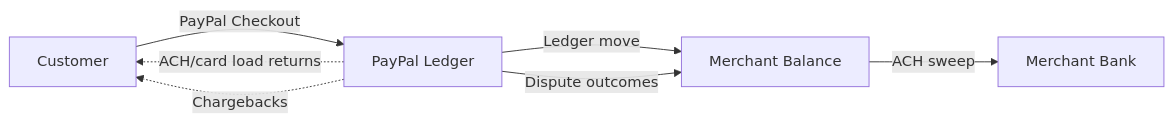
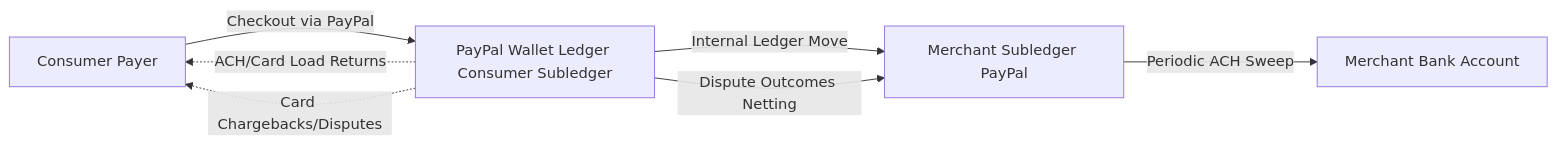
One commit to sumahiremath/buildtales changed the fourth of 5 diagrams in _posts/2025-09-03-wallets-p2p-networks-venmo-cash-app-paypal-zelle.md. Above: the diagram before and after it, drawn with Mermaid. The commit also changed other lines of this file, not shown here.

````diff
--- a/_posts/2025-09-03-wallets-p2p-networks-venmo-cash-app-paypal-zelle.md
+++ b/_posts/2025-09-03-wallets-p2p-networks-venmo-cash-app-paypal-zelle.md
@@ -127,9 +158,9 @@
 ```mermaid
 flowchart LR
-    C[Customer] -->|PayPal Checkout| P[PayPal Ledger]
-    P -->|Ledger move| M[Merchant Balance]
-    M -->|ACH sweep| B[Merchant Bank]
-    P -.->|ACH/card load returns| C
-    P -.->|Chargebacks| C
-    P -->|Dispute outcomes| M
+    C["Consumer Payer"] -->|Checkout via PayPal| PL["PayPal Wallet Ledger Consumer Subledger"]
+    PL -->|Internal Ledger Move| ML["Merchant Subledger PayPal"]
+    ML -->|Periodic ACH Sweep| MB["Merchant Bank Account"]
+    PL -.->|ACH/Card Load Returns| C
+    PL -.->|Card Chargebacks/Disputes| C
+    PL -->|Dispute Outcomes Netting| ML
 ```
````
